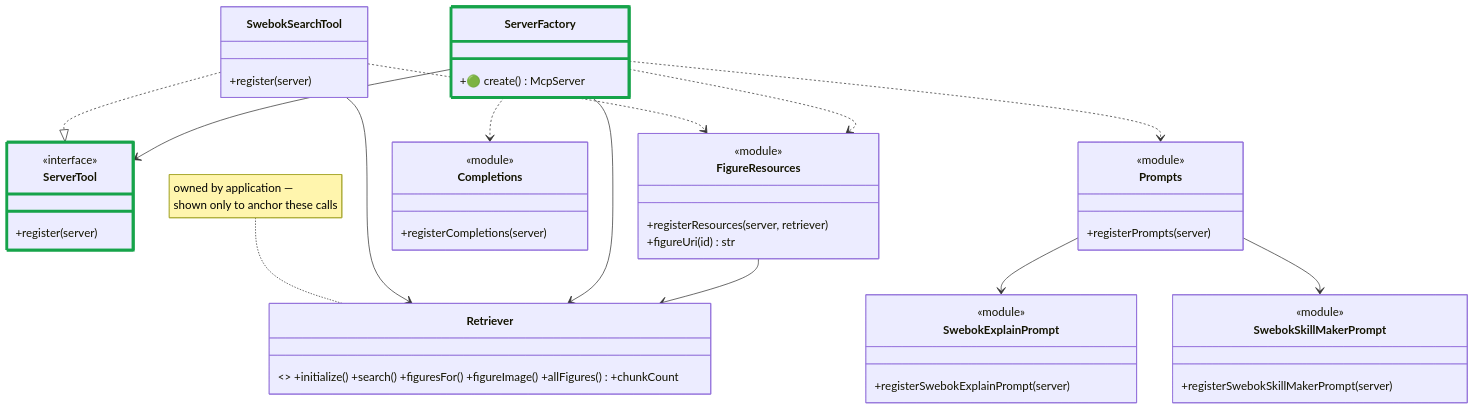
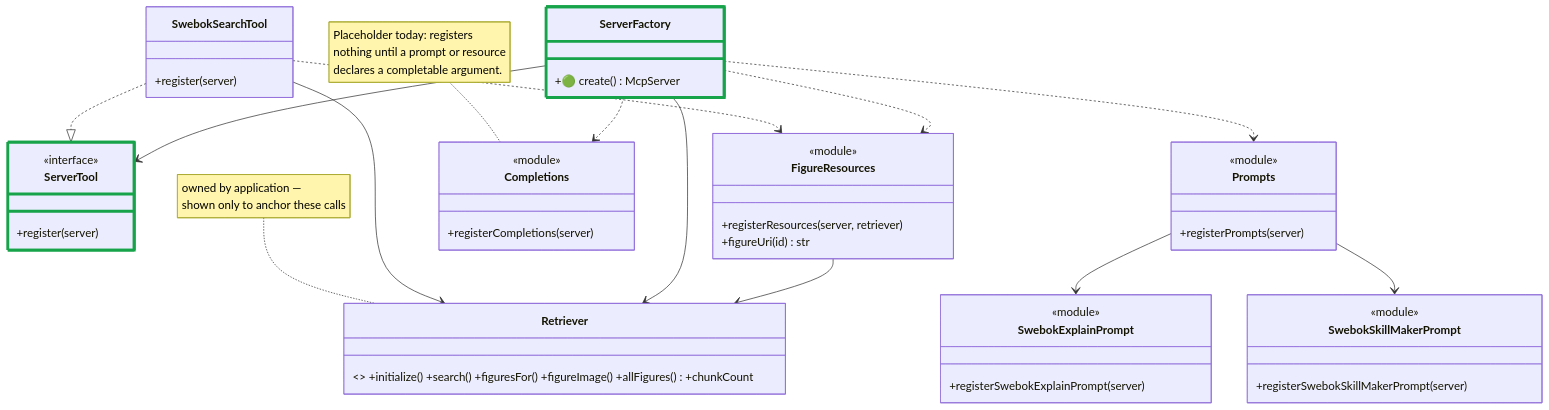
Diagram 18 of 19 in docs/architecture/system-class-diagram.md (SzatanKluska/MCPSWEBOK), drawn with Mermaid before and after one commit. The commit also changed other lines of this file and 6 other files, not shown here.

````diff
--- a/docs/architecture/system-class-diagram.md
+++ b/docs/architecture/system-class-diagram.md
@@ -810,52 +849,53 @@
 ```mermaid
 classDiagram
   class ServerTool {
     <<interface>>
     +register(server)
   }
   class SwebokSearchTool {
     +register(server)
   }
   class ServerFactory {
     +🟢 create() McpServer
   }
   class FigureResources {
     <<module>>
     +registerResources(server, retriever)
     +figureUri(id) str
   }
   class Prompts {
     <<module>>
     +registerPrompts(server)
   }
   class SwebokExplainPrompt {
     <<module>>
     +registerSwebokExplainPrompt(server)
   }
   class SwebokSkillMakerPrompt {
     <<module>>
     +registerSwebokSkillMakerPrompt(server)
   }
   class Completions {
     <<module>>
     +registerCompletions(server)
   }
 
   class Retriever { <<type>> +initialize() +search() +figuresFor() +figureImage() +allFigures() +chunkCount }
 
   SwebokSearchTool ..|> ServerTool
   SwebokSearchTool --> Retriever
   SwebokSearchTool ..> FigureResources
   ServerFactory --> Retriever
   ServerFactory --> ServerTool
   ServerFactory ..> FigureResources
   ServerFactory ..> Prompts
   ServerFactory ..> Completions
   Prompts --> SwebokExplainPrompt
   Prompts --> SwebokSkillMakerPrompt
   FigureResources --> Retriever
 
   note for Retriever "owned by application —<br/>shown only to anchor these calls"
+  note for Completions "Placeholder today: registers<br/>nothing until a prompt or resource<br/>declares a completable argument."
   style ServerFactory stroke:#16A34A,stroke-width:4px
   style ServerTool stroke:#16A34A,stroke-width:4px
 ```
````
